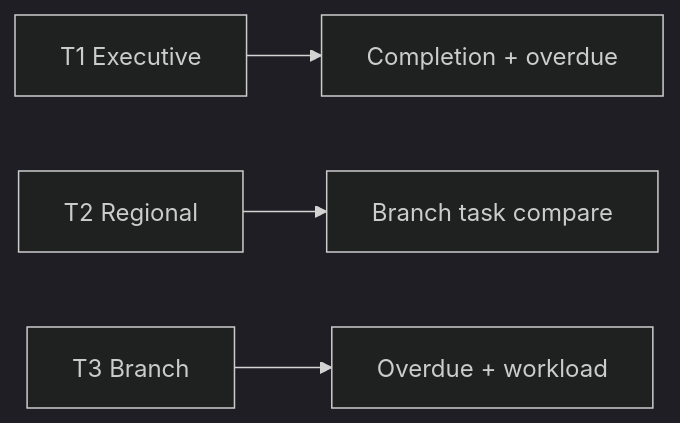
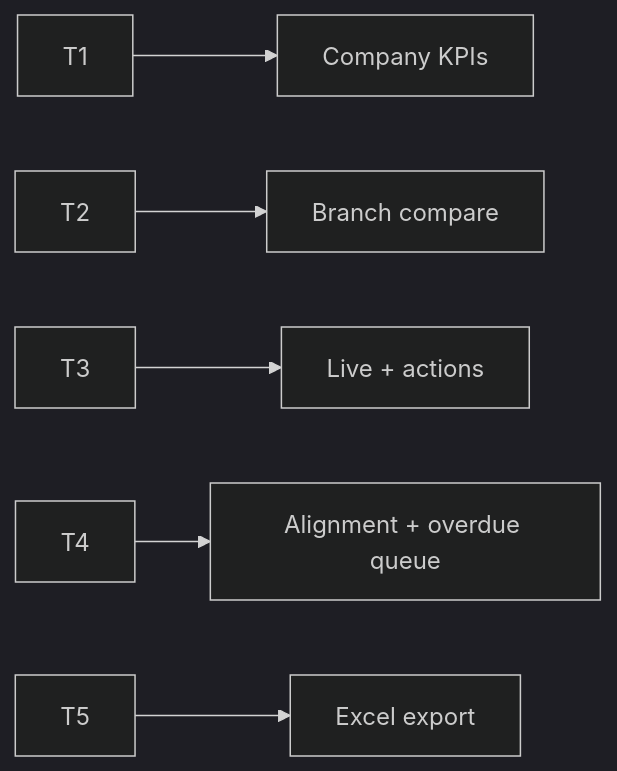
One commit to Aurifex-Innovations/ERP_docs changed the third of 4 diagrams in Dashboard_final_v0/task-management-dashboard.md. Above: the diagram before and after it, drawn with Mermaid (dark theme). The commit also changed other lines of this file, not shown here.

````diff
--- a/Dashboard_final_v0/task-management-dashboard.md
+++ b/Dashboard_final_v0/task-management-dashboard.md
@@ -95,6 +194,8 @@
 ```mermaid
 flowchart LR
-  t1["T1 Executive"] --> sla["Completion + overdue"]
-  t2["T2 Regional"] --> compare["Branch task compare"]
-  t3["T3 Branch"] --> queue["Overdue + workload"]
+  t1["T1"] --> company["Company KPIs"]
+  t2["T2"] --> compare["Branch compare"]
+  t3["T3"] --> ops["Live + actions"]
+  t4["T4"] --> queue["Alignment + overdue queue"]
+  t5["T5"] --> excel["Excel export"]
 ```
````
